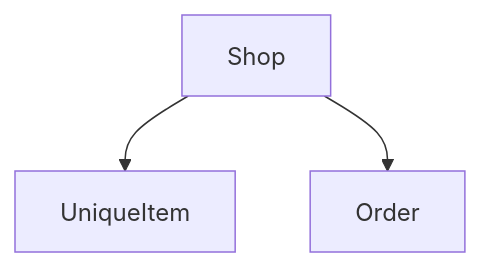
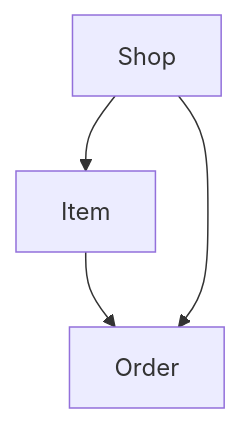
One commit to perekoshik/perekoshik.github.io changed the second of 2 diagrams in build/Shop/tact_Shop.md. Above: the diagram before and after it, drawn with Mermaid. The commit also changed other lines of this file and 256 other files, not shown here.

````diff
--- a/build/Shop/tact_Shop.md
+++ b/build/Shop/tact_Shop.md
@@ -208,6 +205,7 @@
 ```mermaid
 graph TD
 Shop
-Shop --> UniqueItem
+Shop --> Item
+Item --> Order
 Shop --> Order
 ```
````
